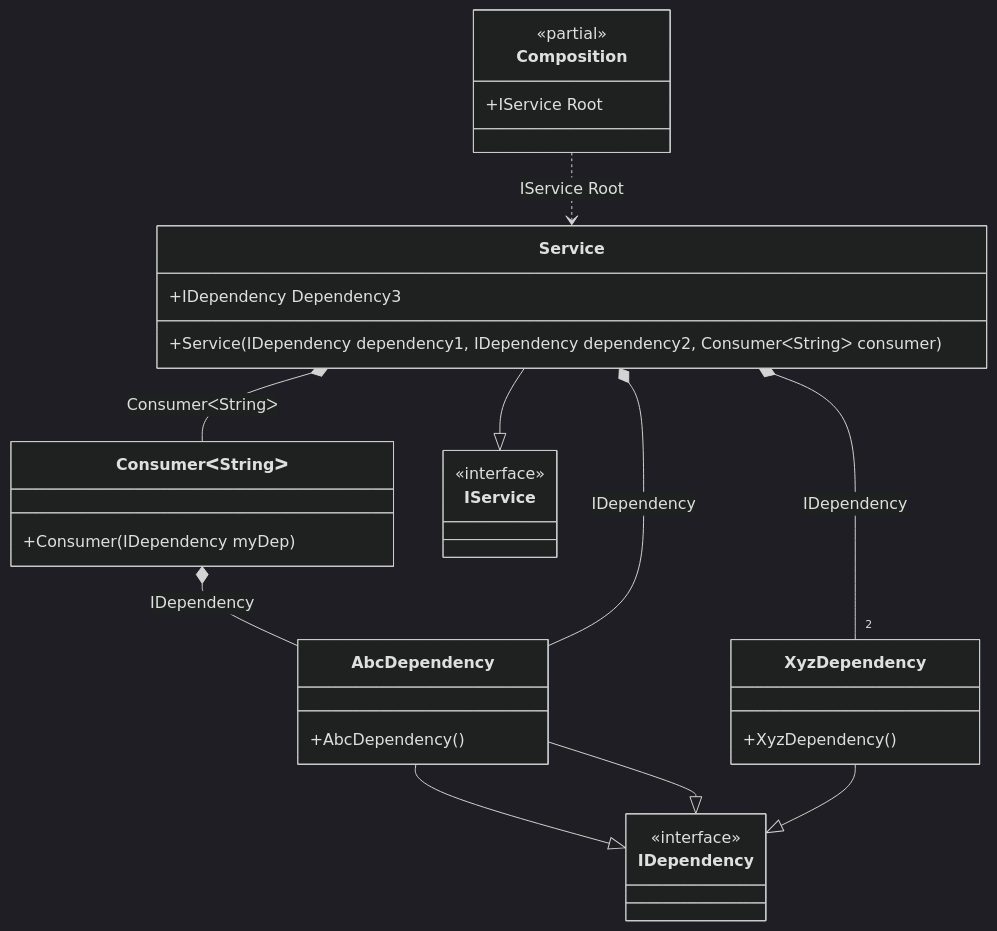
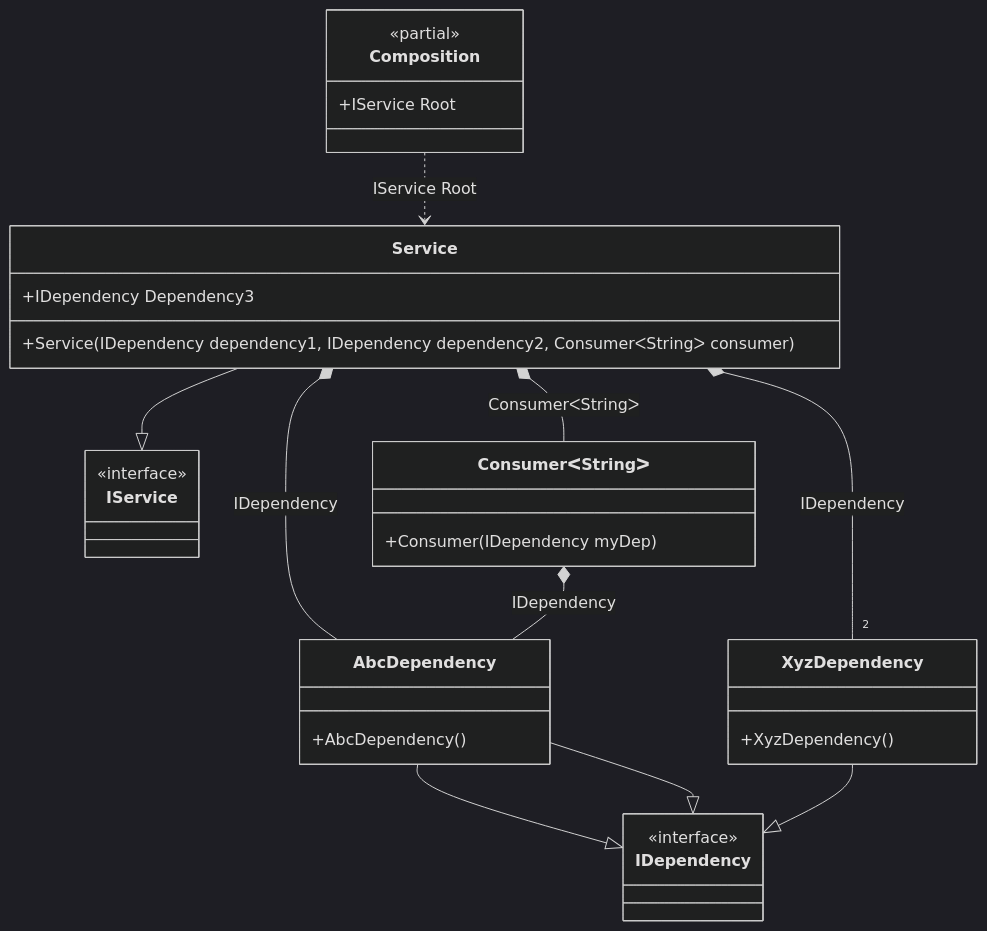
The diagram in readme/tag-on-injection-site.md (DevTeam/Pure.DI), drawn with Mermaid (dark theme) before and after one commit. The commit also changed other lines of this file and 92 other files, not shown here.

````diff
--- a/readme/tag-on-injection-site.md
+++ b/readme/tag-on-injection-site.md
@@ -88,35 +88,35 @@
 ```mermaid
 classDiagram
 	class Composition {
 		<<partial>>
 		+IService Root
 	}
-	class ConsumerᐸStringᐳ {
-		+Consumer(IDependency myDep)
+	Service --|> IService
+	class Service {
+		+Service(IDependency dependency1, IDependency dependency2, ConsumerᐸStringᐳ consumer)
+		+IDependency Dependency3
 	}
 	AbcDependency --|> IDependency
 	AbcDependency --|> IDependency
 	class AbcDependency {
 		+AbcDependency()
 	}
 	XyzDependency --|> IDependency
 	class XyzDependency {
 		+XyzDependency()
 	}
-	Service --|> IService
-	class Service {
-		+Service(IDependency dependency1, IDependency dependency2, ConsumerᐸStringᐳ consumer)
-		+IDependency Dependency3
+	class ConsumerᐸStringᐳ {
+		+Consumer(IDependency myDep)
+	}
+	class IService {
+		<<interface>>
 	}
 	class IDependency {
 		<<interface>>
 	}
-	class IService {
-		<<interface>>
-	}
-	ConsumerᐸStringᐳ *--  AbcDependency : IDependency
 	Composition ..> Service : IService Root
 	Service *--  AbcDependency : IDependency
 	Service *-- "2 " XyzDependency : IDependency
 	Service *--  ConsumerᐸStringᐳ : ConsumerᐸStringᐳ
+	ConsumerᐸStringᐳ *--  AbcDependency : IDependency
 ```
````
